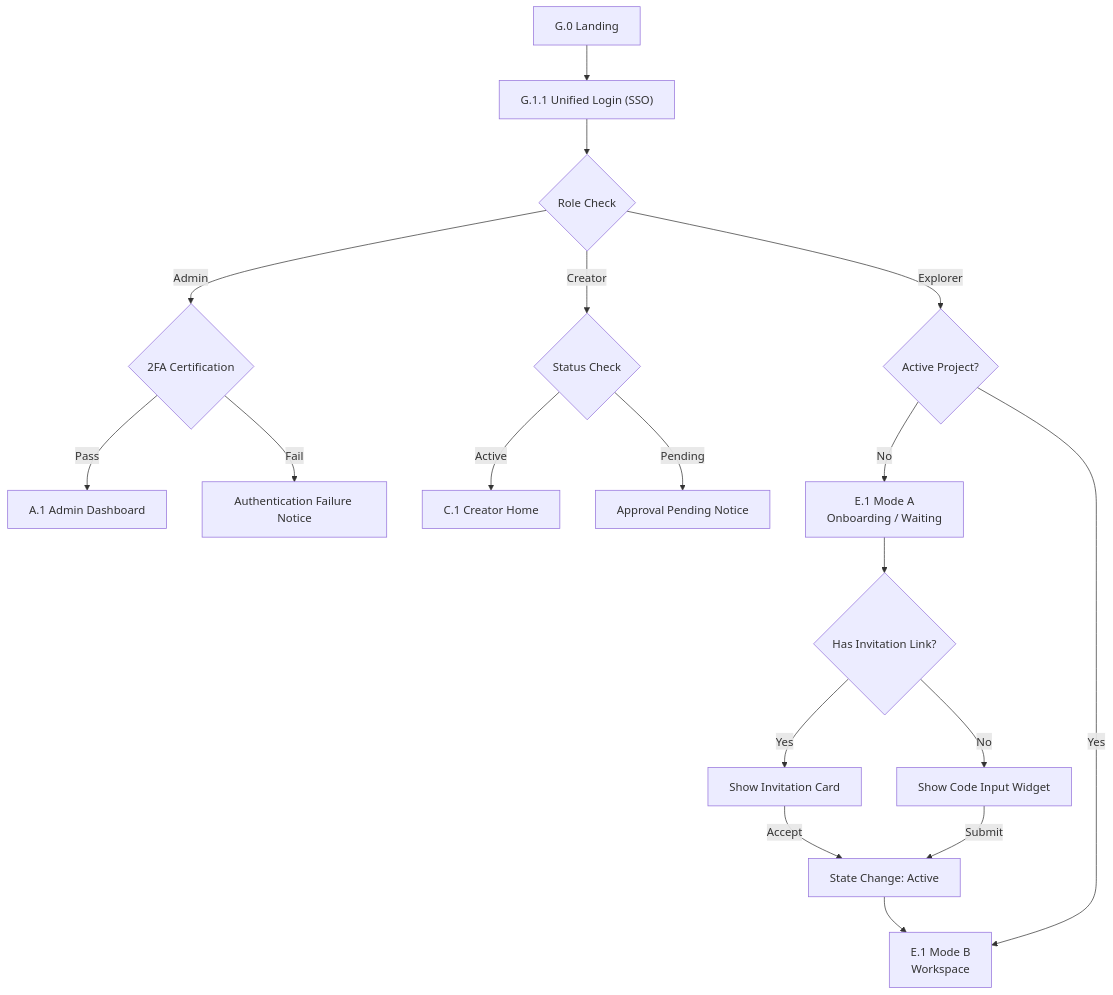
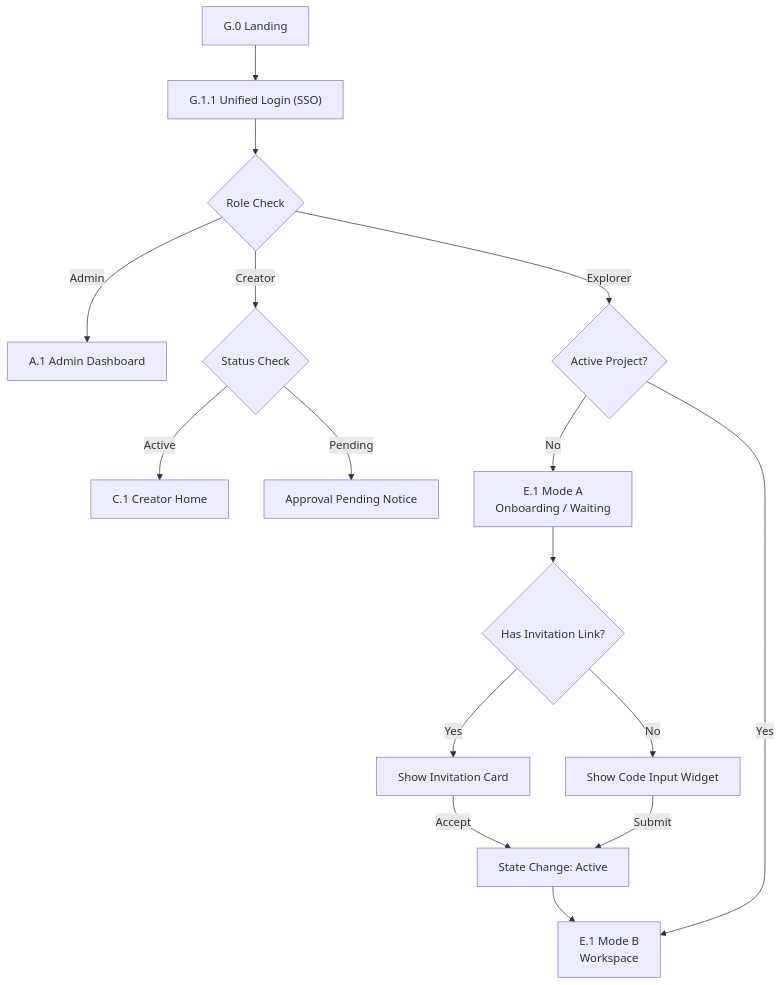
Before and after one commit to ohshane/p3bl: the first of 5 diagrams in prd/03_user-flow.md, drawn with Mermaid. The commit also changed other lines of this file, not shown here.

Commit message:
add: user flow

````diff
--- a/prd/03_user-flow.md
+++ b/prd/03_user-flow.md
@@ -5,38 +5,36 @@
 ```mermaid
 flowchart TD
     %% Entry
     G0[G.0 Landing]
     G11["G.1.1 Unified Login (SSO)"]
     RC{"Role Check"}
 
     G0 --> G11 --> RC
 
     %% Admin Path
-    RC -->|Admin| A2FA{"2FA Certification"}
-    A2FA -->|Pass| A1["A.1 Admin Dashboard"]
-    A2FA -->|Fail| AFail["Authentication Failure Notice"]
+    RC -->|Admin| A1["A.1 Admin Dashboard"]
 
     %% Creator Path
     RC -->|Creator| CStatus{"Status Check"}
     CStatus -->|Active| C1["C.1 Creator Home"]
     CStatus -->|Pending| CPending["Approval Pending Notice"]
 
     %% Explorer Path
     RC -->|Explorer| EActive{"Active Project?"}
 
     %% Explorer – No Active Project
     EActive -->|No| EModeA["E.1 Mode A<br>Onboarding / Waiting"]
     EModeA --> HasLink{"Has Invitation Link?"}
 
     HasLink -->|Yes| InviteCard["Show Invitation Card"]
     HasLink -->|No| CodeInput["Show Code Input Widget"]
 
     InviteCard -->|Accept| EActivate["State Change: Active"]
     CodeInput -->|Submit| EActivate
 
     EActivate --> EModeB["E.1 Mode B<br>Workspace"]
 
     %% Explorer – Has Active Project
     EActive -->|Yes| EModeB
 
 ```
````
